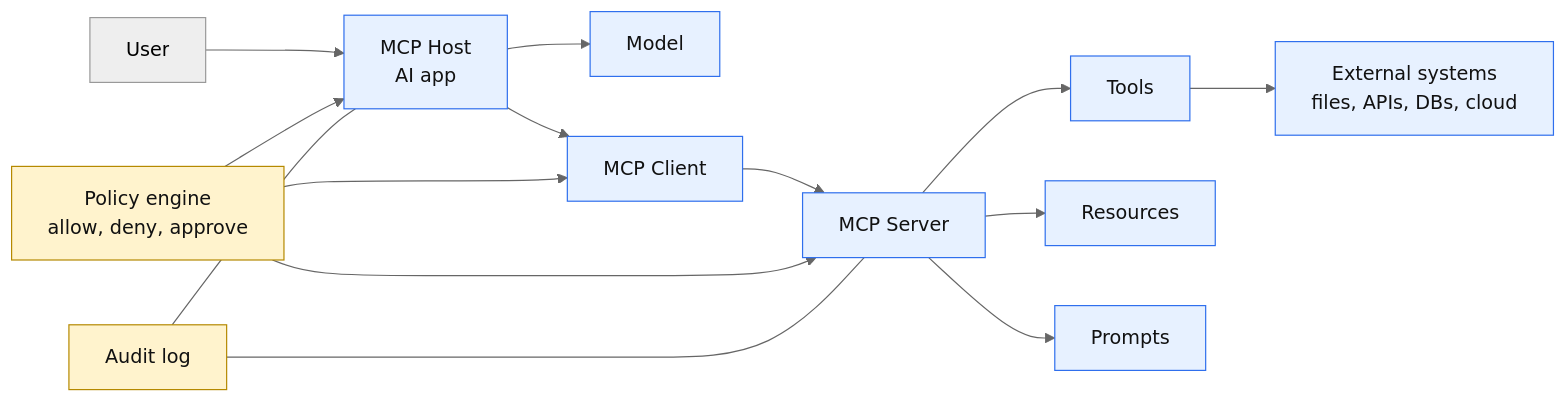
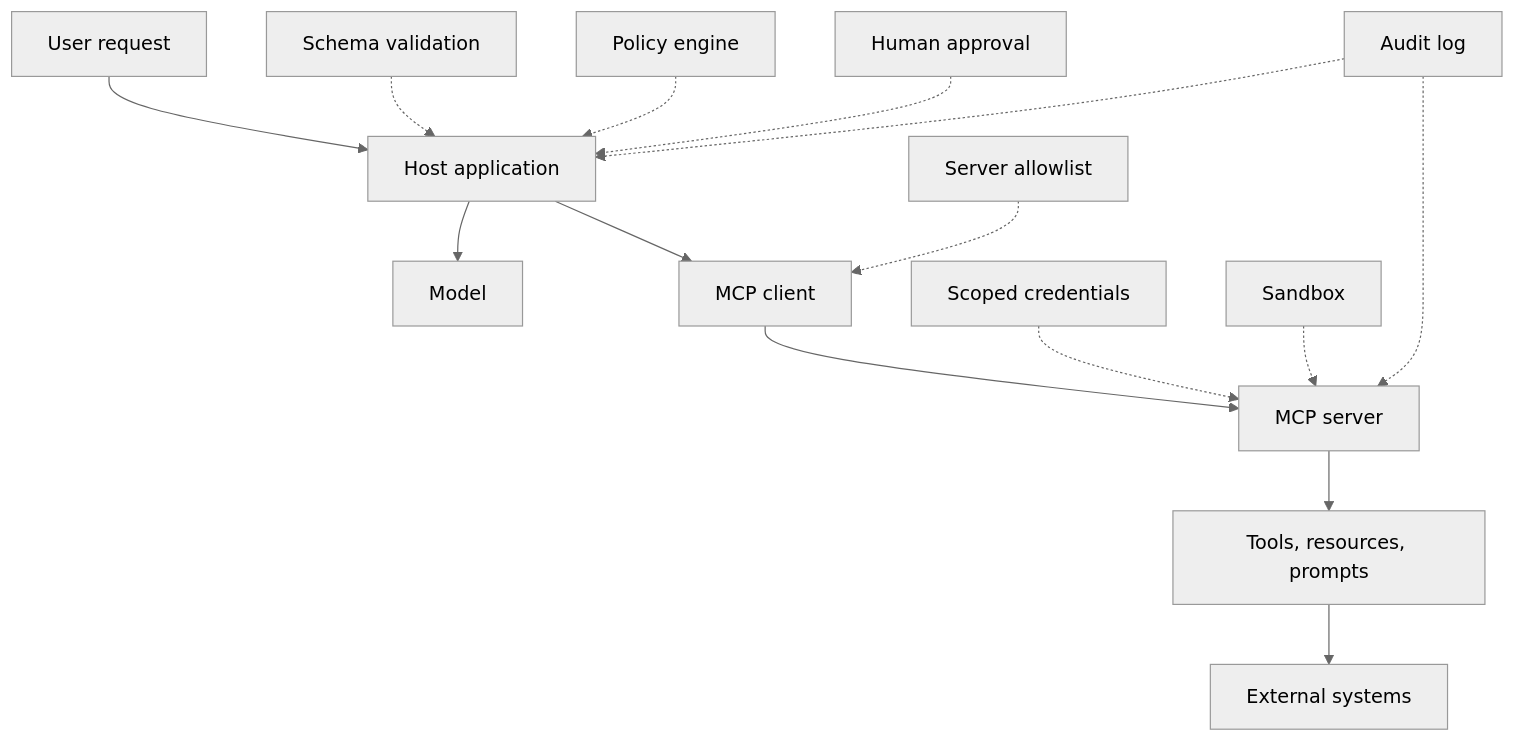
The second of 5 diagrams in docs/stages/06-mcp/security-boundaries-conn-tool/index.md (AceronX/ai-agent-roadmap), drawn with Mermaid (neutral theme) before and after one commit. The commit also changed other lines of this file, not shown here.

Commit message:
feat: expand MCP security boundaries lesson

````diff
--- a/docs/stages/06-mcp/security-boundaries-conn-tool/index.md
+++ b/docs/stages/06-mcp/security-boundaries-conn-tool/index.md
@@ -105,22 +170,18 @@
 ```mermaid
-flowchart LR
-    user["User"] --> host["MCP Host<br/>AI app"]
+flowchart TD
+    request["User request"] --> host["Host application"]
     host --> model["Model"]
-    host --> client["MCP Client"]
-    client --> server["MCP Server"]
-    server --> tools["Tools"]
-    server --> resources["Resources"]
-    server --> prompts["Prompts"]
-    tools --> external["External systems<br/>files, APIs, DBs, cloud"]
+    host --> client["MCP client"]
+    client --> server["MCP server"]
+    server --> features["Tools, resources, prompts"]
+    features --> systems["External systems"]
 
-    policy["Policy engine<br/>allow, deny, approve"] --> host
-    policy --> client
-    policy --> server
-    audit["Audit log"] --- host
-    audit --- server
-
-    classDef boundary fill:#fff3cd,stroke:#b58900,color:#111;
-    classDef system fill:#e7f1ff,stroke:#2f6fed,color:#111;
-    class policy,audit boundary;
-    class host,client,server,tools,resources,prompts,external,model system;
+    serverTrust["Server allowlist"] -.-> client
+    schemas["Schema validation"] -.-> host
+    policy["Policy engine"] -.-> host
+    scopes["Scoped credentials"] -.-> server
+    sandbox["Sandbox"] -.-> server
+    approval["Human approval"] -.-> host
+    audit["Audit log"] -.-> host
+    audit -.-> server
 ```
````
